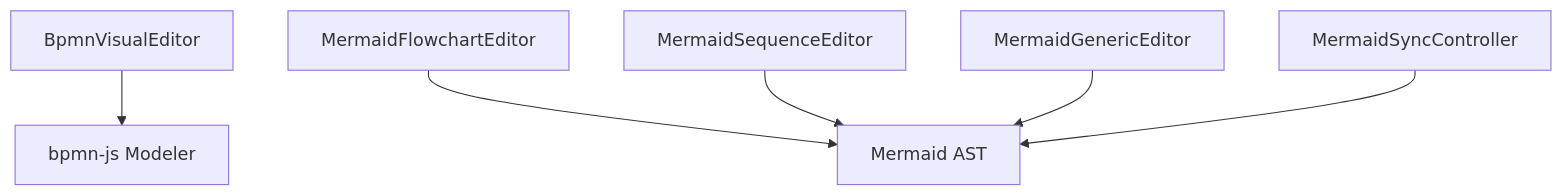
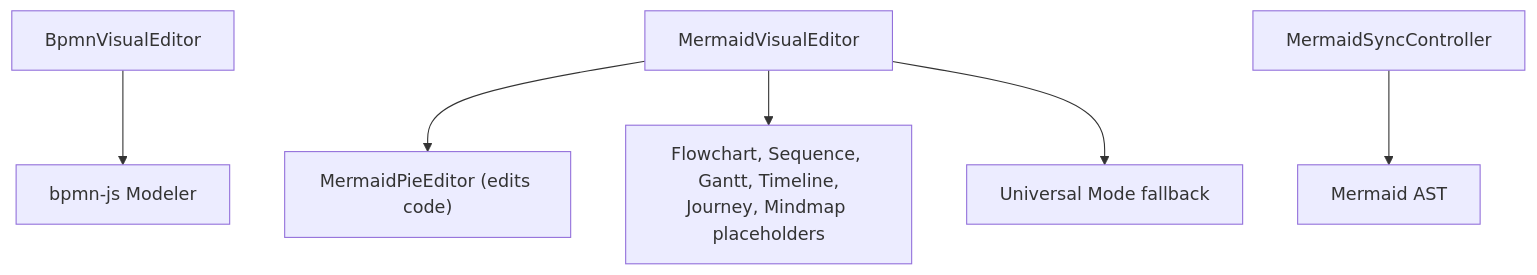
Diagram 12 of 14 in .qoder/repowiki/en/content/Advanced Features/Technical Implementations.md (ongchonghian/universal-diagram-editor), drawn with Mermaid before and after one commit. The commit also changed other lines of this file and 31 other files, not shown here.

````diff
--- a/.qoder/repowiki/en/content/Advanced Features/Technical Implementations.md
+++ b/.qoder/repowiki/en/content/Advanced Features/Technical Implementations.md
@@ -415,8 +420,8 @@
 ```mermaid
 graph TB
 B["BpmnVisualEditor"] --> BJ["bpmn-js Modeler"]
-MFlow["MermaidFlowchartEditor"] --> AST["Mermaid AST"]
-MSeq["MermaidSequenceEditor"] --> AST
-MGnr["MermaidGenericEditor"] --> AST
-Sync["MermaidSyncController"] --> AST
+MVE["MermaidVisualEditor"] --> MPie["MermaidPieEditor (edits code)"]
+MVE --> MStub["Flowchart, Sequence, Gantt, Timeline,<br/>Journey, Mindmap placeholders"]
+MVE --> MUni["Universal Mode fallback"]
+Sync["MermaidSyncController"] --> AST["Mermaid AST"]
 ```
````
